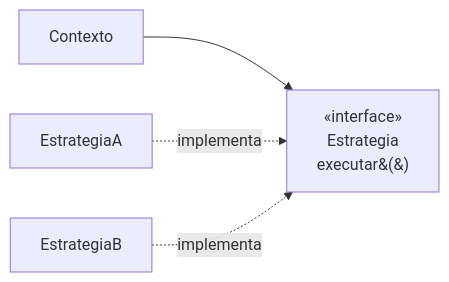
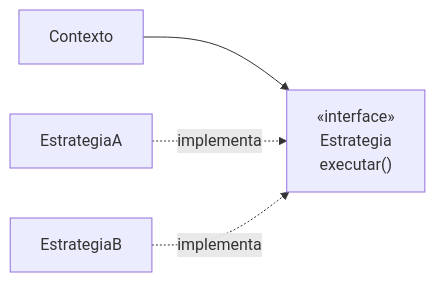
Before and after one commit to oadcavalcante/software-architecture-mastery: the diagram in docs/03-design-patterns/strategy.md, drawn with Mermaid. The commit also changed 27 other files, not shown here.

First line of the commit message:
diagramas: parenteses renderizando como &(&) e largura ilegivel no telefone

````diff
--- a/docs/03-design-patterns/strategy.md
+++ b/docs/03-design-patterns/strategy.md
@@ -58,6 +58,6 @@
 ```mermaid
 graph LR
-  C[Contexto] --> S["«interface»<br/>Estrategia<br/>executar&#40;&#41;"]
+  C[Contexto] --> S["«interface»<br/>Estrategia<br/>executar()"]
   E1[EstrategiaA] -.implementa.-> S
   E2[EstrategiaB] -.implementa.-> S
 ```
````
